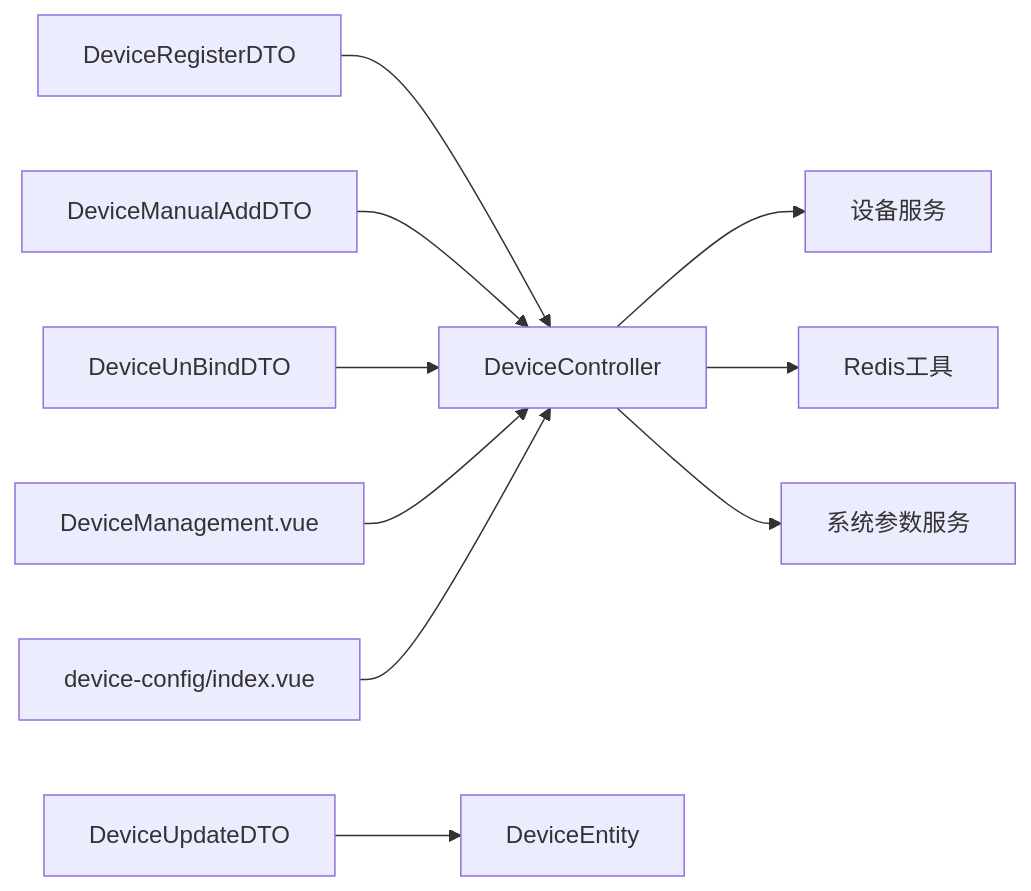
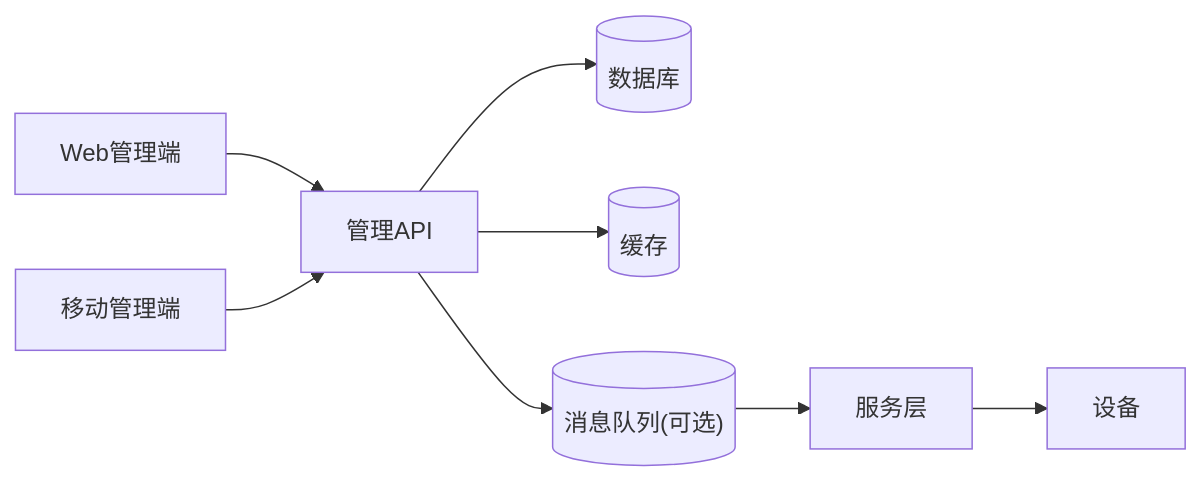
One commit to haixinke/xiaozhi-esp32-server changed the seventh of 7 diagrams in .qoder/repowiki/zh/content/设备管理/设备配置管理.md. Above: the diagram before and after it, drawn with Mermaid. The commit also changed other lines of this file and 557 other files, not shown here.

````diff
--- a/.qoder/repowiki/zh/content/设备管理/设备配置管理.md
+++ b/.qoder/repowiki/zh/content/设备管理/设备配置管理.md
@@ -261,12 +285,10 @@
 ```mermaid
 graph LR
-DC["DeviceController"] --> Svc["设备服务"]
-DC --> Redis["Redis工具"]
-DC --> Sys["系统参数服务"]
-DTOU["DeviceUpdateDTO"] --> Ent["DeviceEntity"]
-DTOR["DeviceRegisterDTO"] --> DC
-DTUM["DeviceManualAddDTO"] --> DC
-DTUB["DeviceUnBindDTO"] --> DC
-VW["DeviceManagement.vue"] --> DC
-MOB["device-config/index.vue"] --> DC
+WEB["Web管理端"] --> API["管理API"]
+MOBILE["移动管理端"] --> API
+API --> DB[("数据库")]
+API --> CACHE[("缓存")]
+API --> MQ[("消息队列(可选)")]
+MQ --> SERVER["服务层"]
+SERVER --> DEVICE["设备"]
 ```
````
